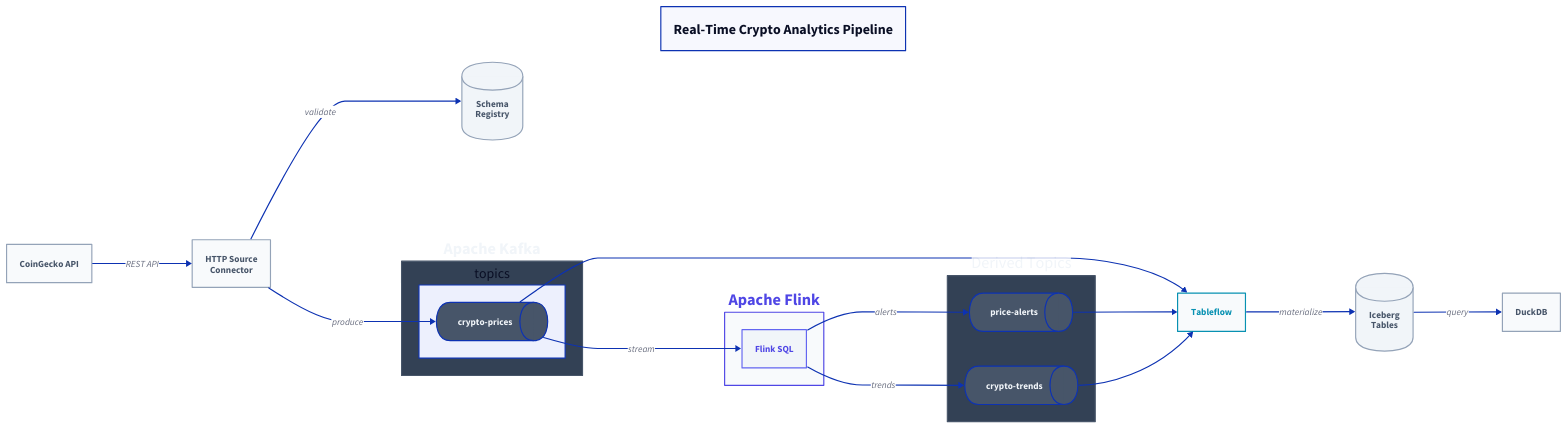
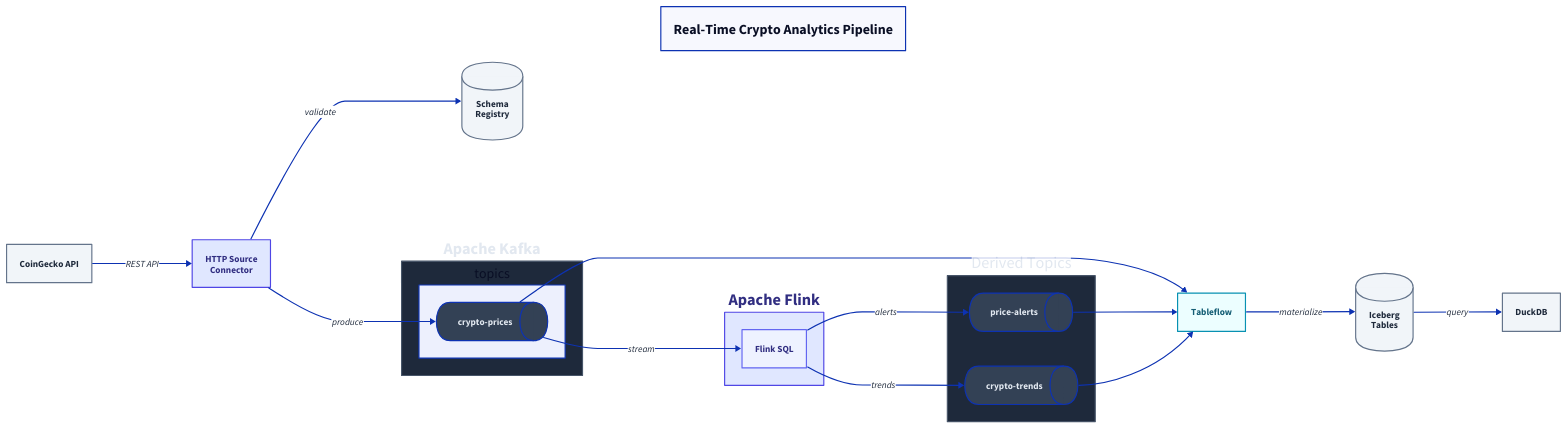
Before and after one commit to gAmUssA/gamussa.github.com: the diagram in diagrams/pipeline-overview.d2, drawn with D2. The commit also changed 7 other files, not shown here.

Commit message:
Fix diagram readability: darker text, higher contrast on all labels

```diff
--- a/diagrams/pipeline-overview.d2
+++ b/diagrams/pipeline-overview.d2
@@ -1,106 +1,107 @@
 direction: right
 
 title: {
   label: "Real-Time Crypto Analytics Pipeline"
   style.font-size: 24
   style.bold: true
   near: top-center
 }
 
 coingecko: CoinGecko API {
-  style.fill: "#f8fafc"
-  style.stroke: "#94a3b8"
-  style.font-color: "#475569"
+  style.fill: "#f1f5f9"
+  style.stroke: "#64748b"
+  style.font-color: "#1e293b"
   style.bold: true
 }
 
 connector: HTTP Source\nConnector {
-  style.fill: "#f8fafc"
-  style.stroke: "#94a3b8"
-  style.font-color: "#475569"
+  style.fill: "#e0e7ff"
+  style.stroke: "#4F46E5"
+  style.font-color: "#312e81"
+  style.bold: true
 }
 
 sr: Schema\nRegistry {
   style.fill: "#f1f5f9"
-  style.stroke: "#94a3b8"
-  style.font-color: "#475569"
+  style.stroke: "#64748b"
+  style.font-color: "#1e293b"
   shape: cylinder
 }
 
 kafka: Apache Kafka {
-  style.fill: "#334155"
+  style.fill: "#1e293b"
   style.stroke: "#475569"
-  style.font-color: "#f1f5f9"
+  style.font-color: "#e2e8f0"
   style.bold: true
 
   topics: {
     crypto-prices {
       shape: queue
-      style.fill: "#475569"
-      style.font-color: "#f1f5f9"
+      style.fill: "#334155"
+      style.font-color: "#e2e8f0"
     }
   }
 }
 
 flink: Apache Flink {
-  style.fill: "#f8fafc"
+  style.fill: "#e0e7ff"
   style.stroke: "#4F46E5"
-  style.font-color: "#4F46E5"
+  style.font-color: "#312e81"
   style.bold: true
 
   sql: Flink SQL {
-    style.fill: "#f1f5f9"
+    style.fill: "#eef2ff"
     style.stroke: "#6366F1"
-    style.font-color: "#4F46E5"
+    style.font-color: "#312e81"
   }
 }
 
 derived: Derived Topics {
-  style.fill: "#334155"
+  style.fill: "#1e293b"
   style.stroke: "#475569"
-  style.font-color: "#f1f5f9"
+  style.font-color: "#e2e8f0"
 
   alerts: price-alerts {
     shape: queue
-    style.fill: "#475569"
-    style.font-color: "#f1f5f9"
+    style.fill: "#334155"
+    style.font-color: "#e2e8f0"
   }
   trends: crypto-trends {
     shape: queue
-    style.fill: "#475569"
-    style.font-color: "#f1f5f9"
+    style.fill: "#334155"
+    style.font-color: "#e2e8f0"
   }
 }
 
 tableflow: Tableflow {
-  style.fill: "#f8fafc"
+  style.fill: "#ecfeff"
   style.stroke: "#0891b2"
-  style.font-color: "#0891b2"
+  style.font-color: "#155e75"
   style.bold: true
 }
 
 iceberg: Iceberg\nTables {
   shape: cylinder
   style.fill: "#f1f5f9"
-  style.stroke: "#94a3b8"
-  style.font-color: "#475569"
+  style.stroke: "#64748b"
+  style.font-color: "#1e293b"
 }
 
 duckdb: DuckDB {
-  style.fill: "#f8fafc"
-  style.stroke: "#94a3b8"
-  style.font-color: "#475569"
+  style.fill: "#f1f5f9"
+  style.stroke: "#64748b"
+  style.font-color: "#1e293b"
   style.bold: true
 }
 
-coingecko -> connector: REST API
-connector -> sr: validate
-connector -> kafka.topics.crypto-prices: produce
-kafka.topics.crypto-prices -> flink.sql: stream
-flink.sql -> derived.alerts: alerts
-flink.sql -> derived.trends: trends
-kafka.topics.crypto-prices -> tableflow
+coingecko -> connector: REST API { style.font-color: "#1e293b" }
+connector -> sr: validate { style.font-color: "#1e293b" }
+connector -> kafka.topics.crypto-prices: produce { style.font-color: "#1e293b" }
+kafka.topics.crypto-prices -> flink.sql: stream { style.font-color: "#1e293b" }
+flink.sql -> derived.alerts: alerts { style.font-color: "#1e293b" }
+flink.sql -> derived.trends: trends { style.font-color: "#1e293b" }
+kafka.topics.crypto-prices -> tableflow { style.font-color: "#1e293b" }
 derived.alerts -> tableflow
 derived.trends -> tableflow
-tableflow -> iceberg: materialize
-iceberg -> duckdb: query
+tableflow -> iceberg: materialize { style.font-color: "#1e293b" }
+iceberg -> duckdb: query { style.font-color: "#1e293b" }
```
